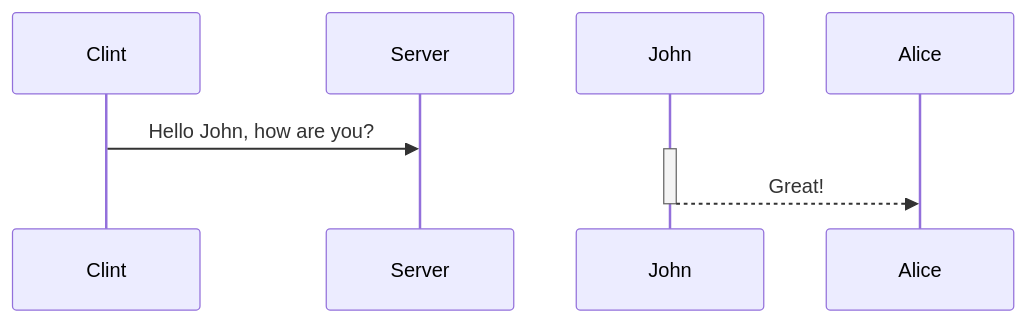
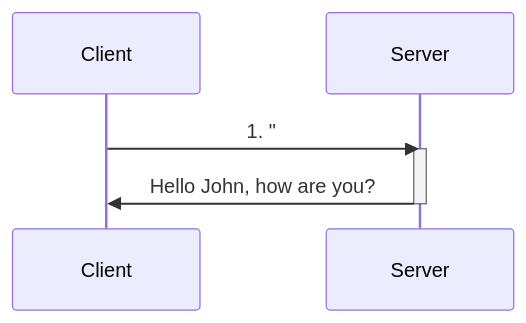
One commit to 1sonjm/1sonjm.github.io changed the diagram in _posts/develop/etc/2019-02-12-TLS.md. Above: the diagram before and after it, drawn with Mermaid. The commit also changed other lines of this file, not shown here.

Commit message:
_posts/develop/etc/2019-02-12-TLS.md updated from https://stackedit.io/

````diff
--- a/_posts/develop/etc/2019-02-12-TLS.md
+++ b/_posts/develop/etc/2019-02-12-TLS.md
@@ -12,7 +12,7 @@
 ```mermaid
 sequenceDiagram
-    Clint->>Server: Hello John, how are you?
-    activate John
-    John-->>Alice: Great!
-    deactivate John
+    Client->>Server: 1. "
+    activate Server
+    Server->>Client: Hello John, how are you?
+    deactivate Server
 ```
````
